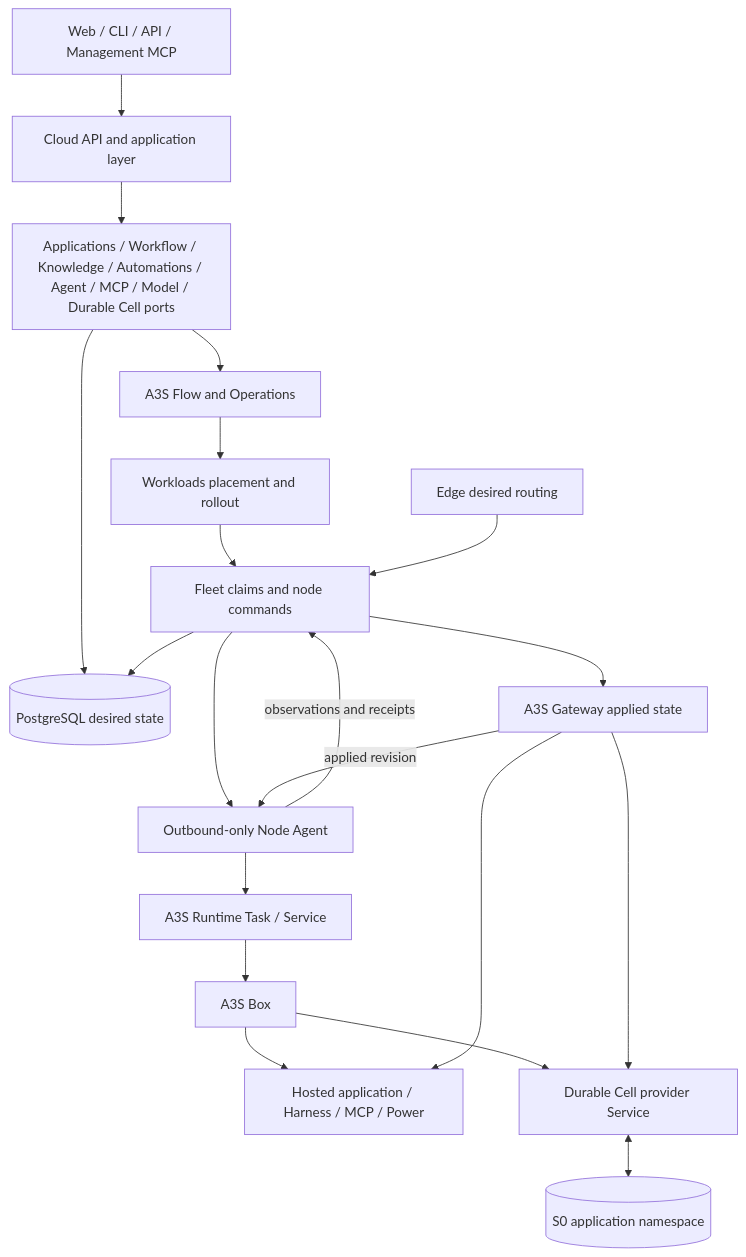
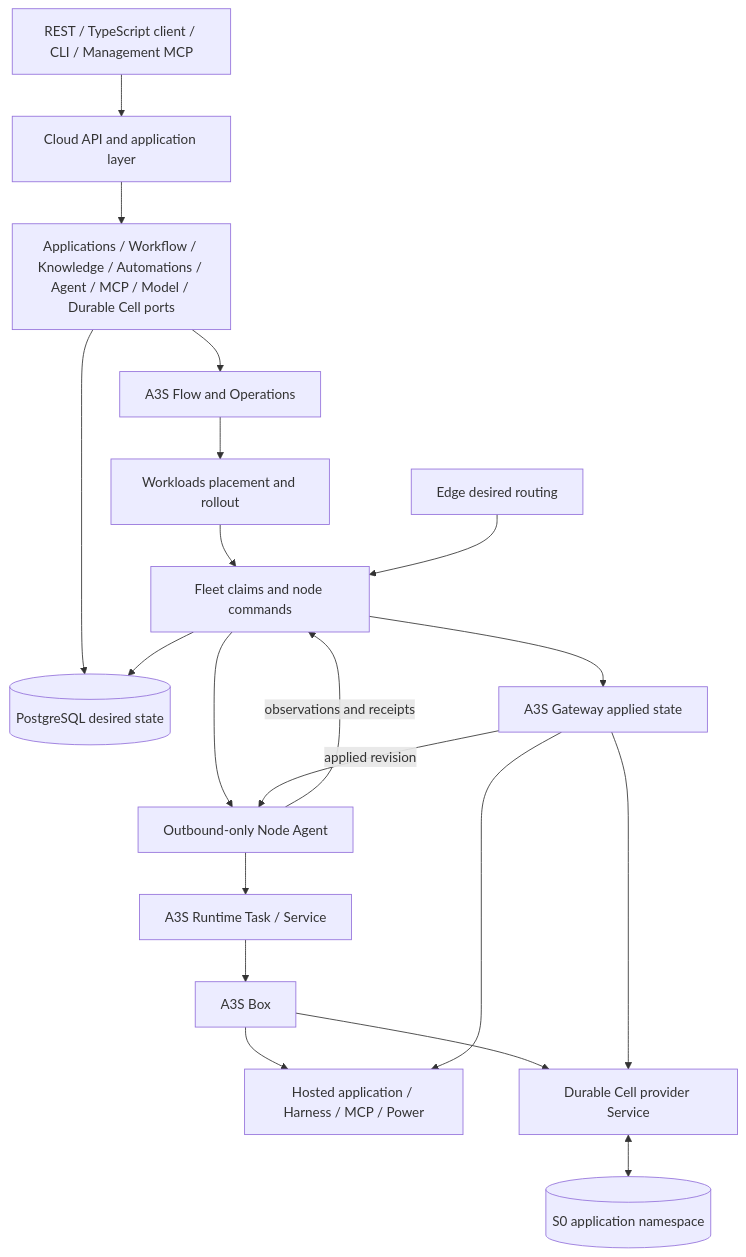
The diagram in docs/architecture.md (A3S-Lab/Cloud), drawn with Mermaid before and after one commit. The commit also changed other lines of this file and 156 other files, not shown here.

Commit message:
feat(cloud): add recovery flows and retire product web UI

````diff
--- a/docs/architecture.md
+++ b/docs/architecture.md
@@ -273,38 +273,38 @@
 ```mermaid
 flowchart TB
-    Client[Web / CLI / API / Management MCP]
+    Client[REST / TypeScript client / CLI / Management MCP]
     API[Cloud API and application layer]
     Services[Applications / Workflow / Knowledge / Automations / Agent / MCP / Model / Durable Cell ports]
     DB[(PostgreSQL desired state)]
     Flow[A3S Flow and Operations]
     Workloads[Workloads placement and rollout]
     Fleet[Fleet claims and node commands]
     Agent[Outbound-only Node Agent]
     Runtime[A3S Runtime Task / Service]
     Box[A3S Box]
     Payload[Hosted application / Harness / MCP / Power]
     CellProvider[Durable Cell provider Service]
     CellStore[(S0 application namespace)]
     Edge[Edge desired routing]
     Gateway[A3S Gateway applied state]
 
     Client --> API
     API --> Services
     Services --> DB
     Services --> Flow
     Flow --> Workloads
     Workloads --> Fleet
     Fleet --> Agent
     Agent --> Runtime
     Runtime --> Box
     Box --> Payload
     Box --> CellProvider
     CellProvider <--> CellStore
     Edge --> Fleet
     Fleet --> Gateway
     Gateway --> Payload
     Gateway --> CellProvider
     Agent -->|observations and receipts| Fleet
     Fleet --> DB
     Gateway -->|applied revision| Agent
 ```
````
